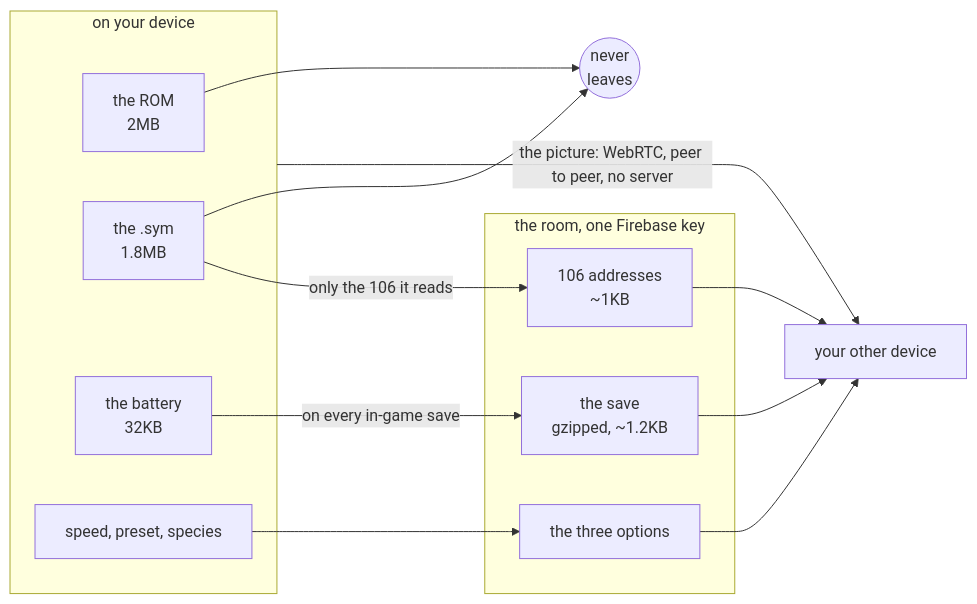
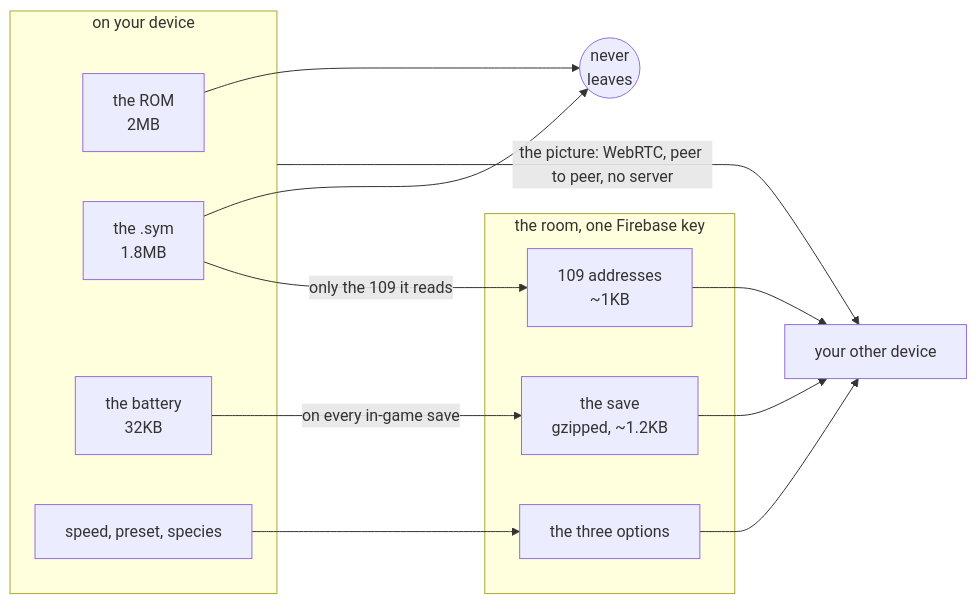
The second of 2 diagrams in docs/DEVICES.md (minormending/crystal-pilot-mobile), drawn with Mermaid before and after one commit. The commit also changed other lines of this file and 7 other files, not shown here.

````diff
--- a/docs/DEVICES.md
+++ b/docs/DEVICES.md
@@ -328,25 +328,25 @@
 ```mermaid
 flowchart LR
     subgraph D["on your device"]
         ROM["the ROM<br/>2MB"]
         SYM["the .sym<br/>1.8MB"]
         SAVE["the battery<br/>32KB"]
         OPT["speed, preset, species"]
     end
     STOP(("never<br/>leaves"))
     subgraph R["the room, one Firebase key"]
-        A["106 addresses<br/>~1KB"]
+        A["109 addresses<br/>~1KB"]
         S["the save<br/>gzipped, ~1.2KB"]
         O["the three options"]
     end
     OTHER["your other device"]
     ROM --> STOP
     SYM --> STOP
-    SYM -->|"only the 106 it reads"| A
+    SYM -->|"only the 109 it reads"| A
     SAVE -->|"on every in-game save"| S
     OPT --> O
     A --> OTHER
     S --> OTHER
     O --> OTHER
     D -->|"the picture: WebRTC, peer to peer, no server"| OTHER
 ```
````
